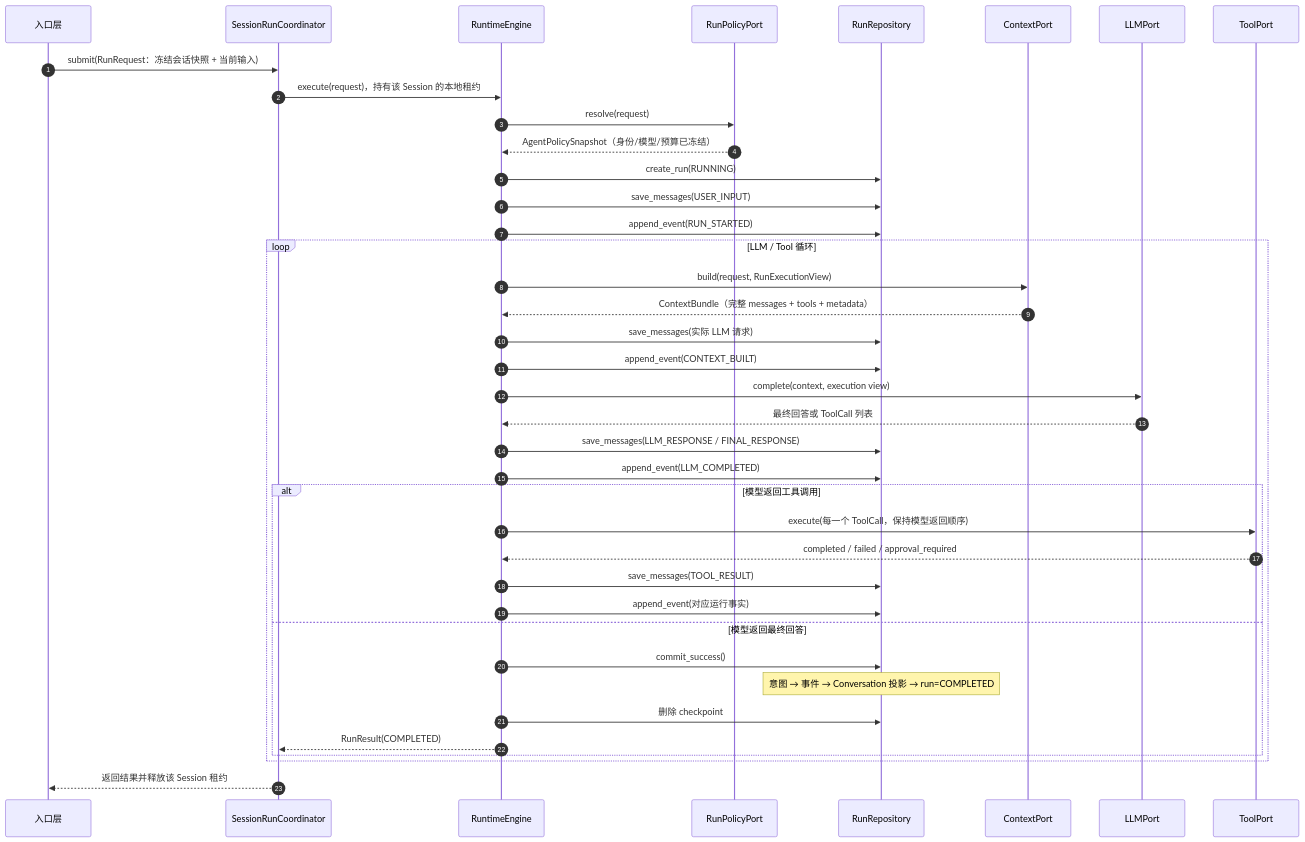
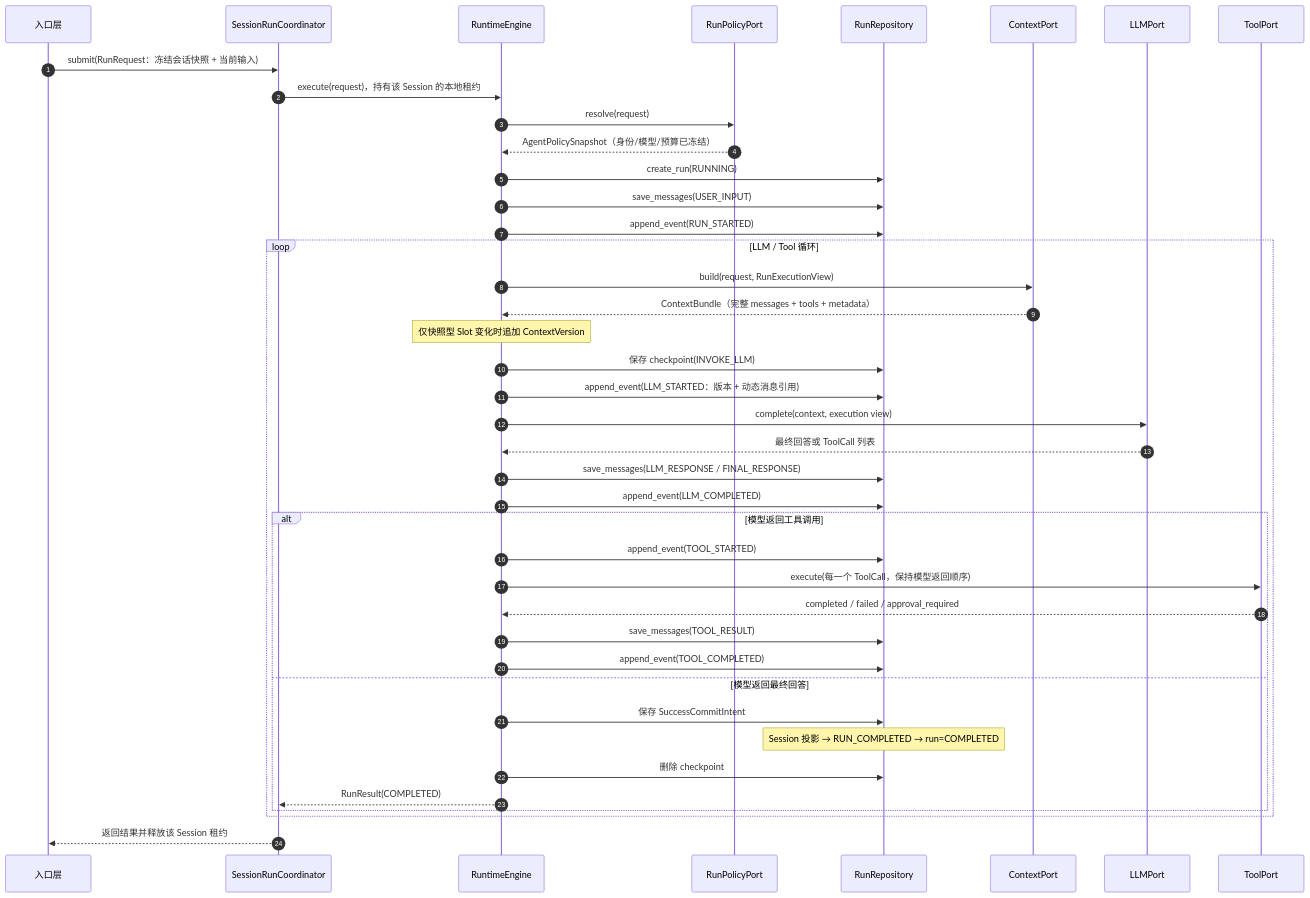
One commit to aandbcct/dotClaw changed the fourth of 8 diagrams in docs/wiki/Runtime 模块总体说明.md. Above: the diagram before and after it, drawn with Mermaid. The commit also changed other lines of this file and 3 other files, not shown here.

````diff
--- a/docs/wiki/Runtime 模块总体说明.md
+++ b/docs/wiki/Runtime 模块总体说明.md
@@ -215,43 +222,45 @@
 ```mermaid
 sequenceDiagram
     autonumber
     participant E as 入口层
     participant C as SessionRunCoordinator
     participant R as RuntimeEngine
     participant P as RunPolicyPort
     participant RR as RunRepository
     participant CX as ContextPort
     participant L as LLMPort
     participant T as ToolPort
 
     E->>C: submit(RunRequest：冻结会话快照 + 当前输入)
     C->>R: execute(request)，持有该 Session 的本地租约
     R->>P: resolve(request)
     P-->>R: AgentPolicySnapshot（身份/模型/预算已冻结）
     R->>RR: create_run(RUNNING)
     R->>RR: save_messages(USER_INPUT)
     R->>RR: append_event(RUN_STARTED)
 
     loop LLM / Tool 循环
         R->>CX: build(request, RunExecutionView)
         CX-->>R: ContextBundle（完整 messages + tools + metadata）
-        R->>RR: save_messages(实际 LLM 请求)
-        R->>RR: append_event(CONTEXT_BUILT)
+        Note over R: 仅快照型 Slot 变化时追加 ContextVersion
+        R->>RR: 保存 checkpoint(INVOKE_LLM)
+        R->>RR: append_event(LLM_STARTED：版本 + 动态消息引用)
         R->>L: complete(context, execution view)
         L-->>R: 最终回答或 ToolCall 列表
         R->>RR: save_messages(LLM_RESPONSE / FINAL_RESPONSE)
         R->>RR: append_event(LLM_COMPLETED)
         alt 模型返回工具调用
+            R->>RR: append_event(TOOL_STARTED)
             R->>T: execute(每一个 ToolCall，保持模型返回顺序)
             T-->>R: completed / failed / approval_required
             R->>RR: save_messages(TOOL_RESULT)
-            R->>RR: append_event(对应运行事实)
+            R->>RR: append_event(TOOL_COMPLETED)
         else 模型返回最终回答
-            R->>RR: commit_success()
-            Note over RR: 意图 → 事件 → Conversation 投影 → run=COMPLETED
+            R->>RR: 保存 SuccessCommitIntent
+            Note over RR: Session 投影 → RUN_COMPLETED → run=COMPLETED
             R->>RR: 删除 checkpoint
             R-->>C: RunResult(COMPLETED)
         end
     end
     C-->>E: 返回结果并释放该 Session 租约
 ```
````
